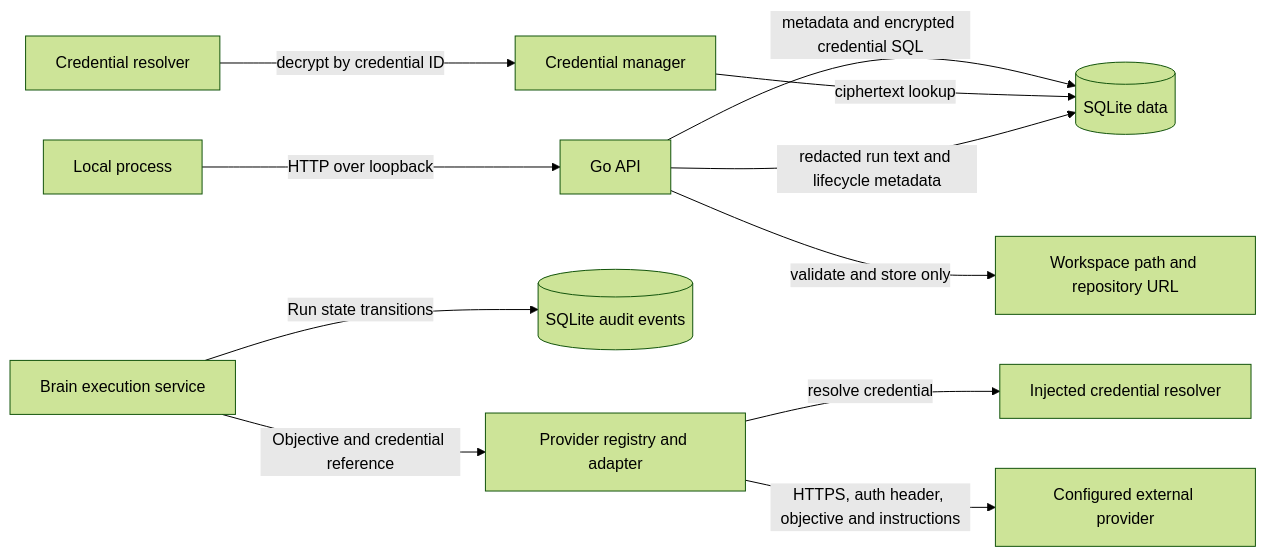
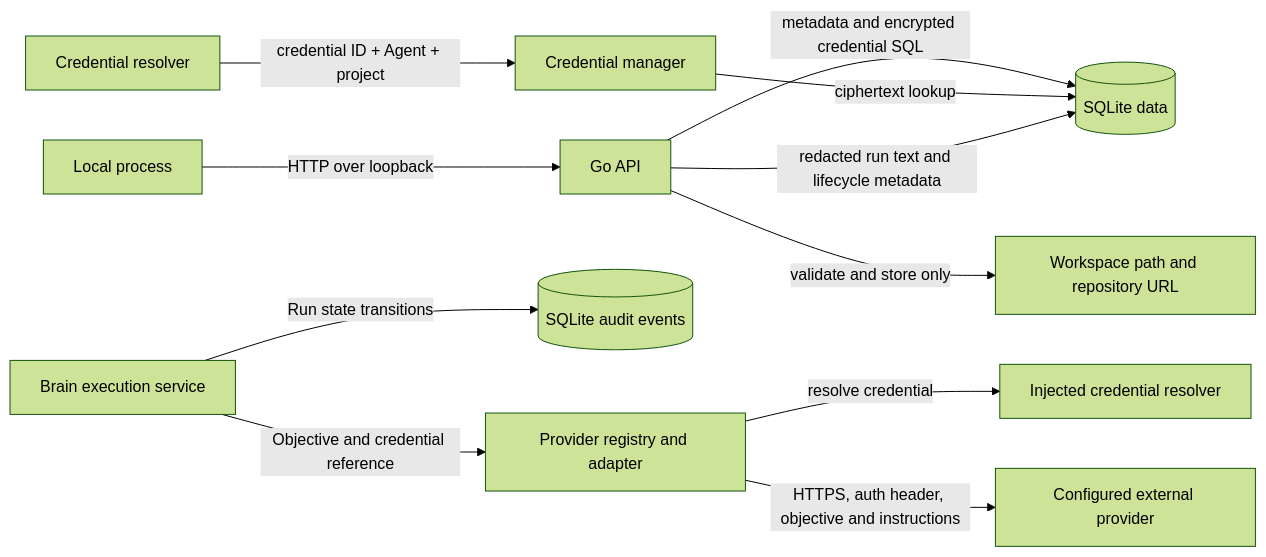
The diagram in THREAT_MODEL.md (Hangell/boAIrd), drawn with Mermaid (forest theme) before and after one commit. The commit also changed other lines of this file and 20 other files, not shown here.

````diff
--- a/THREAT_MODEL.md
+++ b/THREAT_MODEL.md
@@ -40,13 +40,13 @@
 ```mermaid
 flowchart LR
   Local[Local process] -->|HTTP over loopback| API[Go API]
   API -->|metadata and encrypted credential SQL| DB[(SQLite data)]
-  Runtime[Credential resolver] -->|decrypt by credential ID| Vault[Credential manager]
+  Runtime[Credential resolver] -->|credential ID + Agent + project| Vault[Credential manager]
   Vault -->|ciphertext lookup| DB
   API -->|validate and store only| Meta[Workspace path and repository URL]
   Brain[Brain execution service] -->|Run state transitions| Audit[(SQLite audit events)]
   Brain -->|Objective and credential reference| Registry[Provider registry and adapter]
   Registry -->|resolve credential| Resolver[Injected credential resolver]
   Registry -->|HTTPS, auth header, objective and instructions| Vendor[Configured external provider]
   API -->|redacted run text and lifecycle metadata| DB
 ```
````
